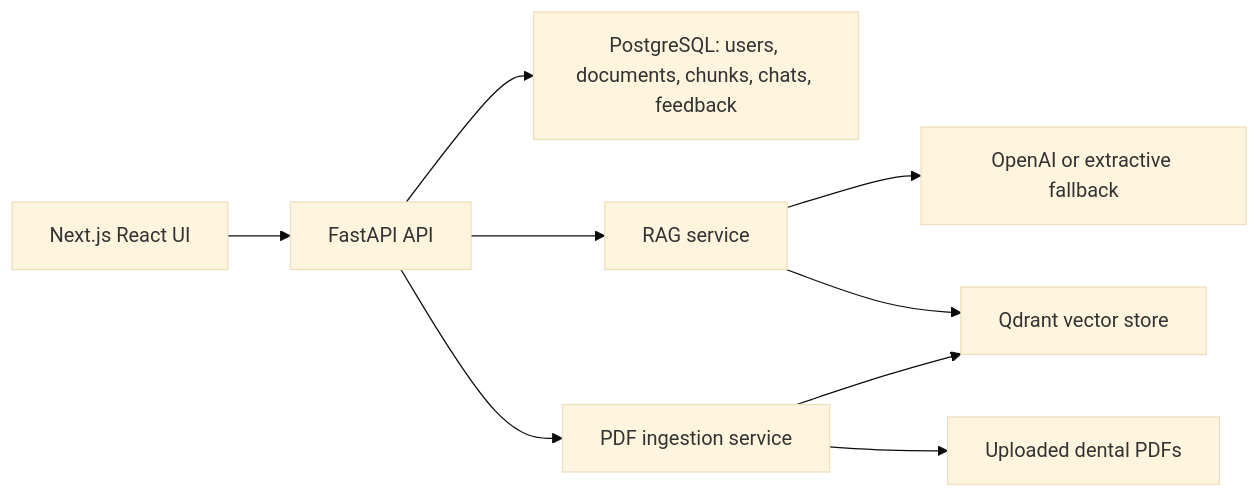
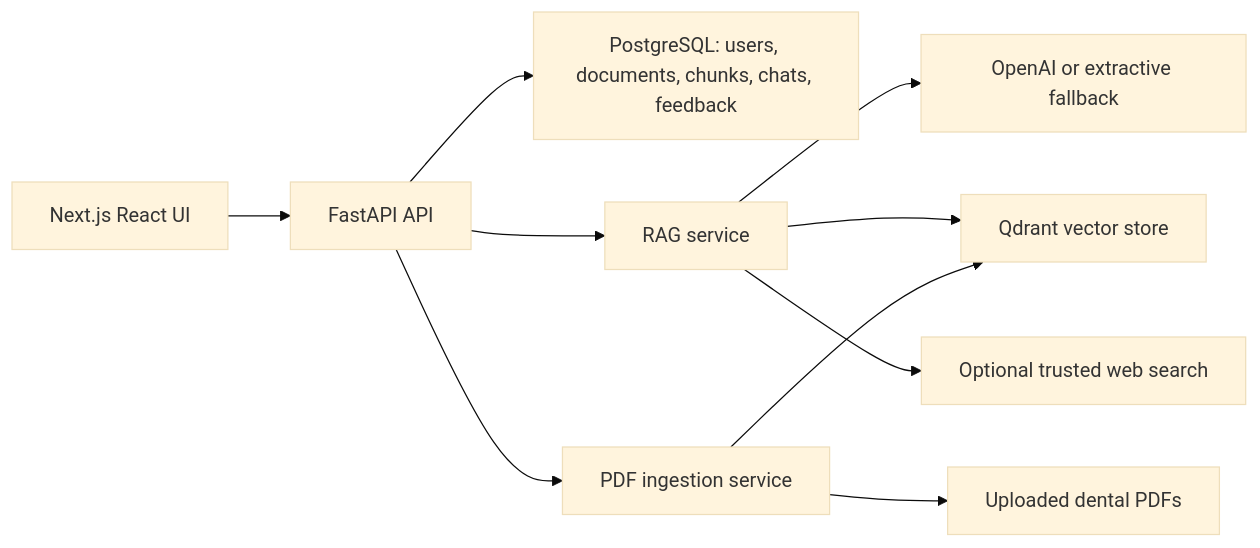
One commit to Hamadullah09/Dental_AI_Chatbot changed the diagram in README.md. Above: the diagram before and after it, drawn with Mermaid (base theme). The commit also changed other lines of this file and 14 other files, not shown here.

Commit message:
Add trusted web search and update docs

````diff
--- a/README.md
+++ b/README.md
@@ -25,11 +30,12 @@
 ```mermaid
 flowchart LR
   UI["Next.js React UI"] --> API["FastAPI API"]
   API --> PG["PostgreSQL: users, documents, chunks, chats, feedback"]
   API --> RAG["RAG service"]
   API --> ING["PDF ingestion service"]
   ING --> PDF["Uploaded dental PDFs"]
   ING --> QD["Qdrant vector store"]
   RAG --> QD
   RAG --> LLM["OpenAI or extractive fallback"]
+  RAG --> WEB["Optional trusted web search"]
 ```
````
